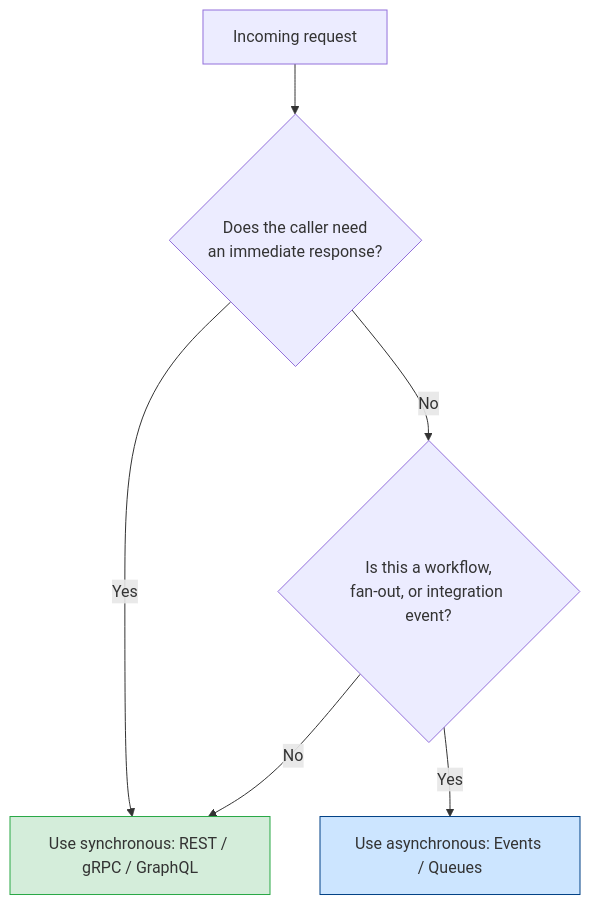
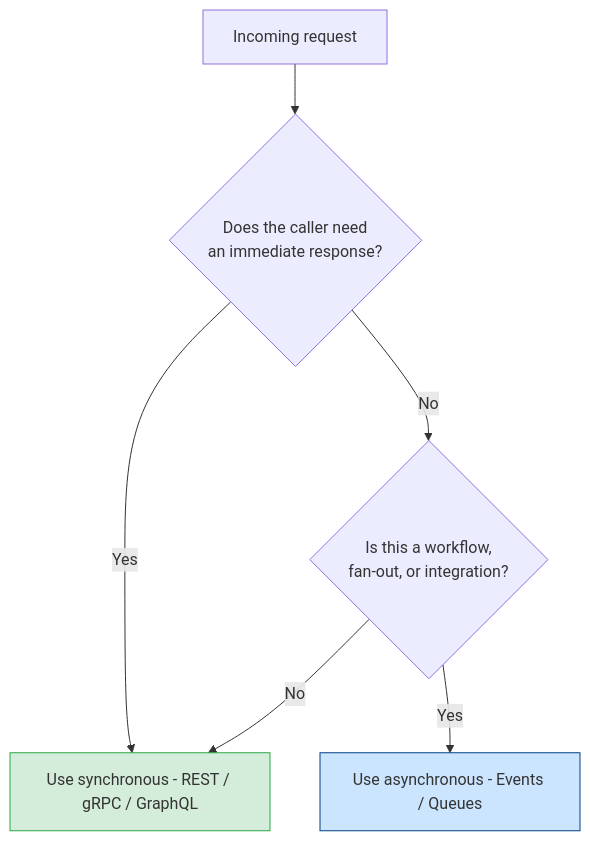
Before and after one commit to yoosuf/yoosuf.github.io: diagram 19 of 20 in _posts/2026-09-14-10-event-driven-architecture-questions.md, drawn with Mermaid. The commit also changed other lines of this file, not shown here.

Commit message:
Rewrite event-driven post: convert text flows to diagrams and bulleted lists

````diff
--- a/_posts/2026-09-14-10-event-driven-architecture-questions.md
+++ b/_posts/2026-09-14-10-event-driven-architecture-questions.md
@@ -351,11 +467,10 @@
 ```mermaid
 flowchart TD
     REQ[Incoming request] --> Q{Does the caller need<br/>an immediate response?}
-    Q -->|Yes| SYNC[Use synchronous: REST / gRPC / GraphQL]
-    Q -->|No| Q2{Is this a workflow,<br/>fan-out, or integration event?}
-    Q2 -->|Yes| ASYNC[Use asynchronous: Events / Queues]
+    Q -->|Yes| SYNC[Use synchronous - REST / gRPC / GraphQL]
+    Q -->|No| Q2{Is this a workflow,<br/>fan-out, or integration?}
+    Q2 -->|Yes| ASYNC[Use asynchronous - Events / Queues]
     Q2 -->|No| SYNC
-
     style SYNC fill:#d4edda,stroke:#28a745
     style ASYNC fill:#cce5ff,stroke:#004085
 ```
````
